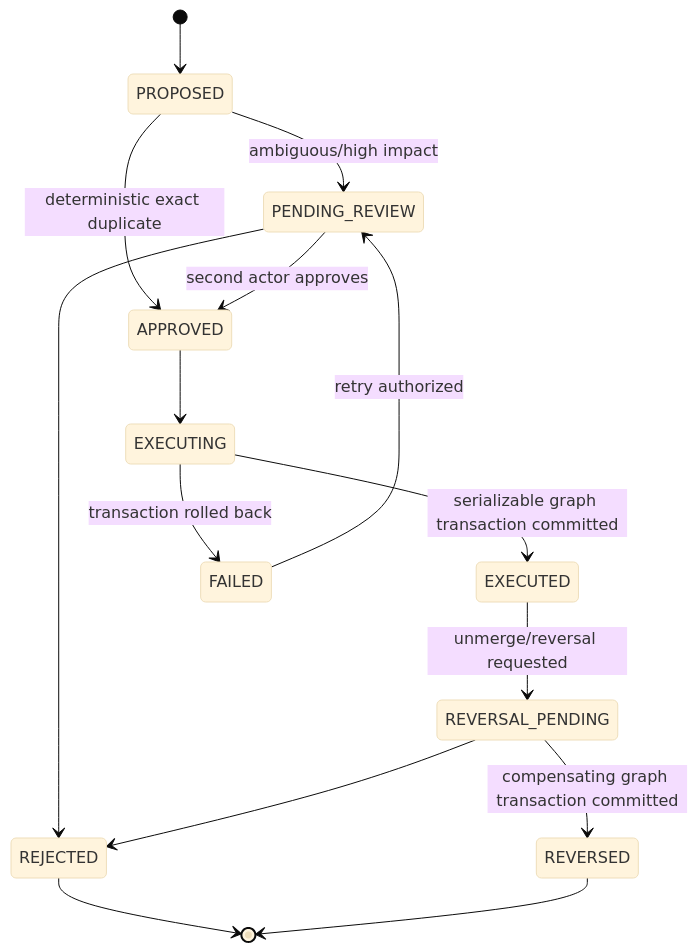
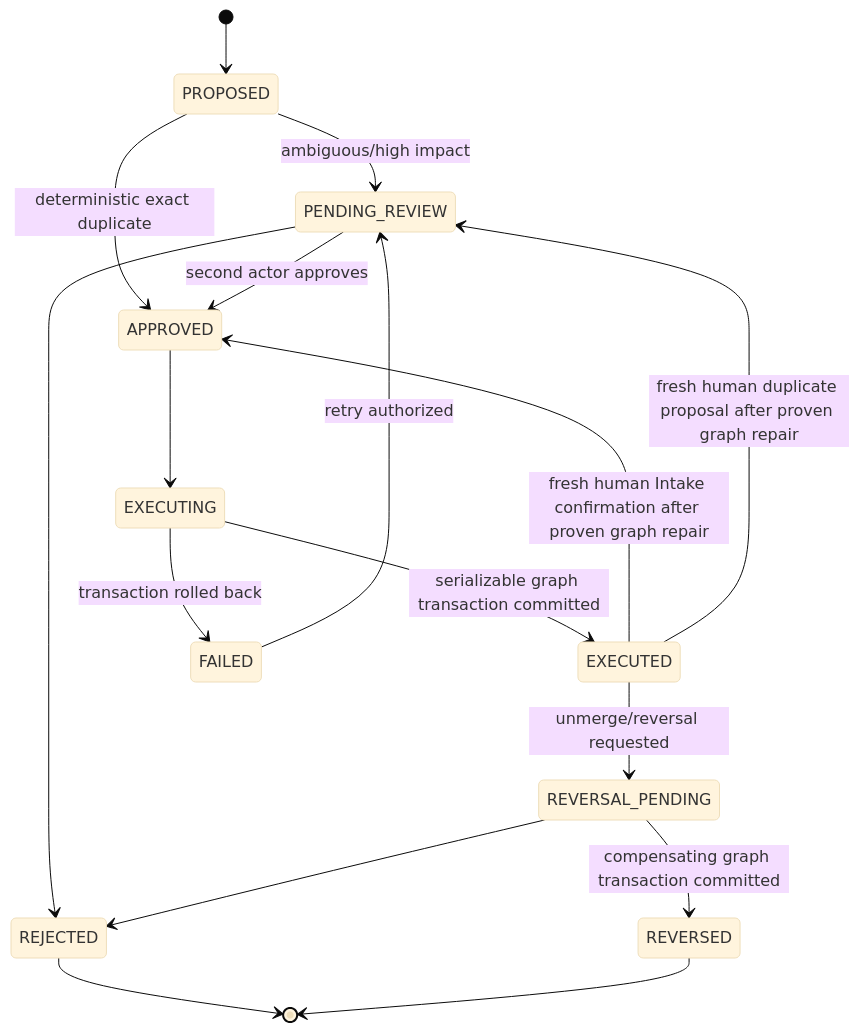
One commit to alfloop-dev/odayplus changed the third of 6 diagrams in docs/design/ODAY_PLUS_ASSISTED_LISTING_INTAKE_STATE_CONTRACTS.md. Above: the diagram before and after it, drawn with Mermaid (base theme). The commit also changed other lines of this file and 205 other files, not shown here.

````diff
--- a/docs/design/ODAY_PLUS_ASSISTED_LISTING_INTAKE_STATE_CONTRACTS.md
+++ b/docs/design/ODAY_PLUS_ASSISTED_LISTING_INTAKE_STATE_CONTRACTS.md
@@ -175,17 +175,19 @@
 ```mermaid
 stateDiagram-v2
     [*] --> PROPOSED
     PROPOSED --> PENDING_REVIEW: ambiguous/high impact
     PROPOSED --> APPROVED: deterministic exact duplicate
     PENDING_REVIEW --> APPROVED: second actor approves
     PENDING_REVIEW --> REJECTED
     APPROVED --> EXECUTING
     EXECUTING --> EXECUTED: serializable graph transaction committed
     EXECUTING --> FAILED: transaction rolled back
     EXECUTED --> REVERSAL_PENDING: unmerge/reversal requested
+    EXECUTED --> APPROVED: fresh human Intake confirmation after proven graph repair
+    EXECUTED --> PENDING_REVIEW: fresh human duplicate proposal after proven graph repair
     REVERSAL_PENDING --> REVERSED: compensating graph transaction committed
     REVERSAL_PENDING --> REJECTED
     FAILED --> PENDING_REVIEW: retry authorized
     REJECTED --> [*]
     REVERSED --> [*]
 ```
````
